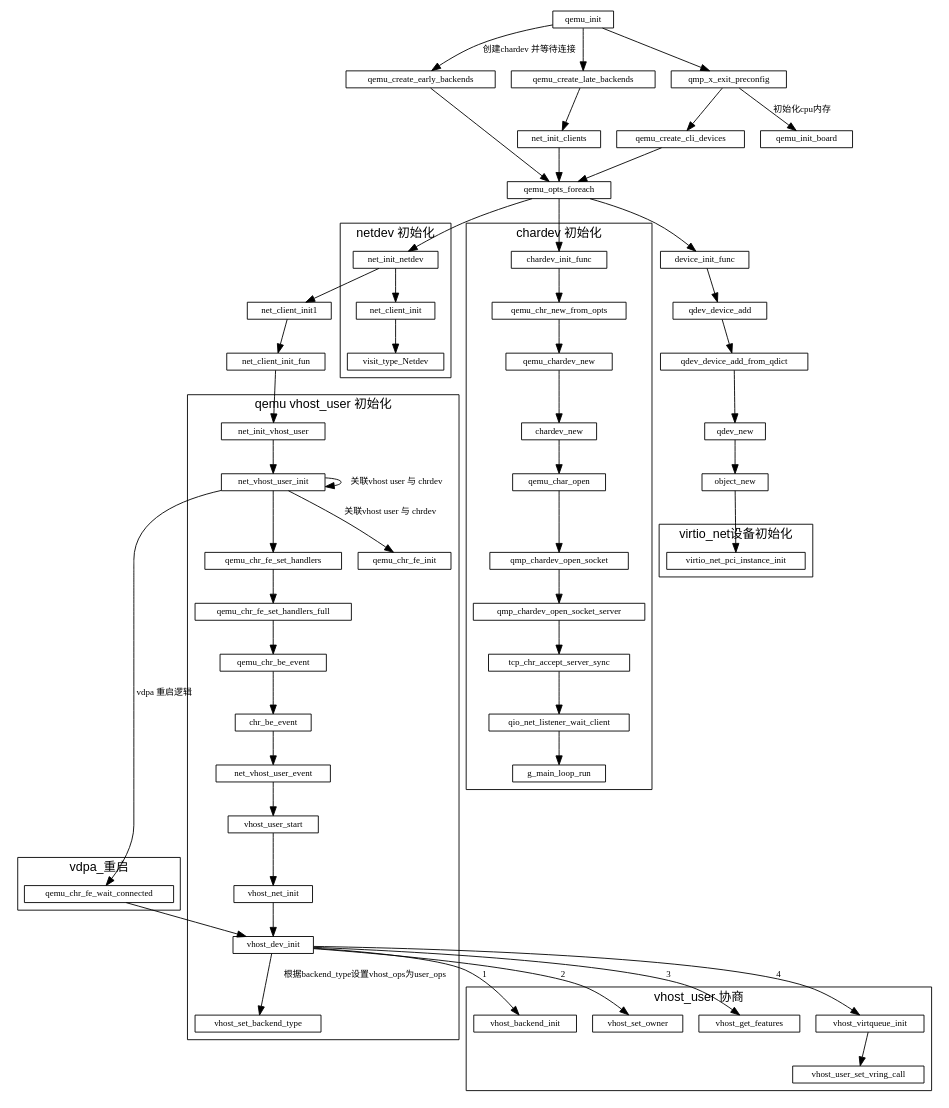
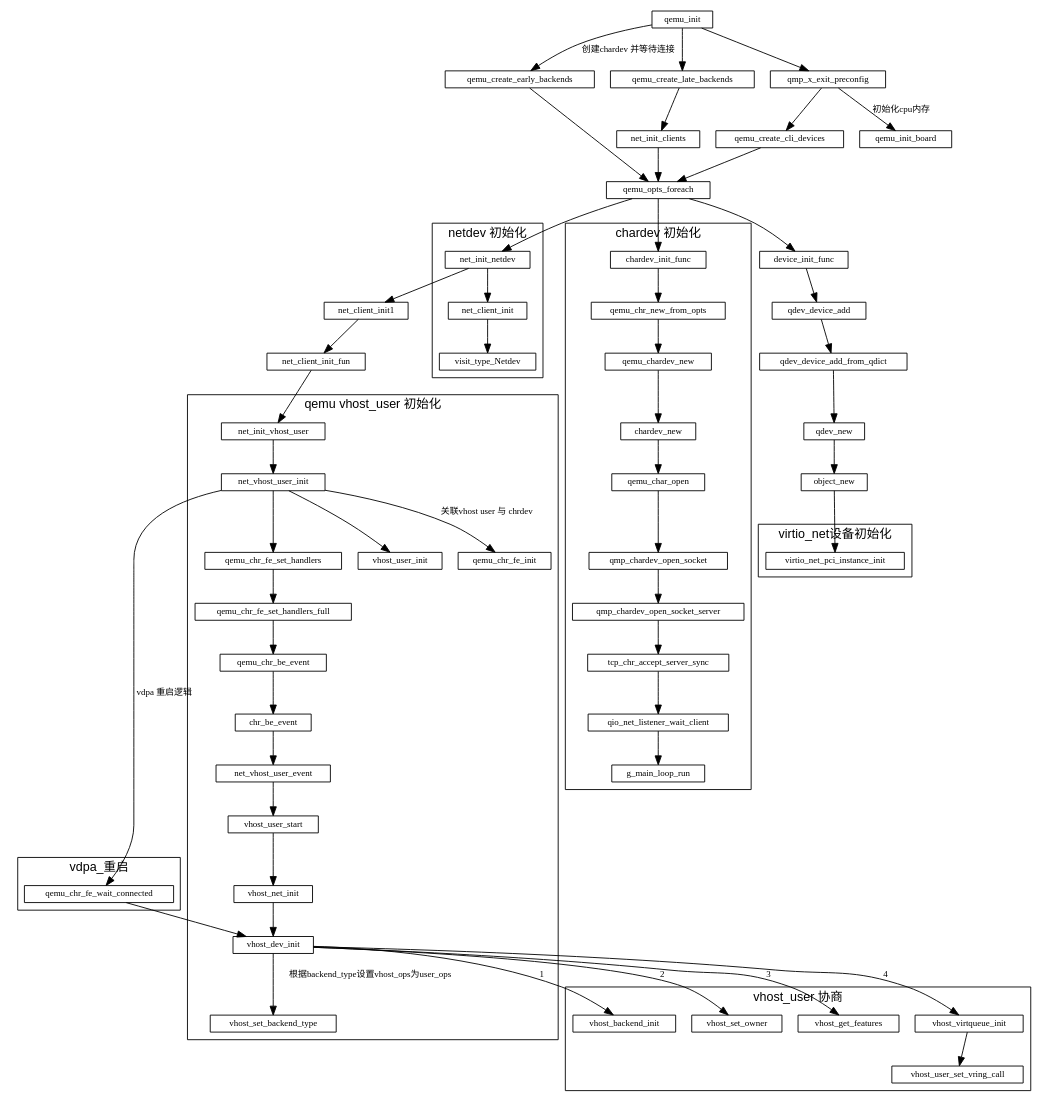
The diagram in qemu/qemu初始化.md (sisyphus1212/note), drawn with Graphviz before and after one commit.

Commit message:
auto_update

```diff
--- a/qemu/qemu初始化.md
+++ b/qemu/qemu初始化.md
@@ -60,7 +60,7 @@
                             -> vhost_dev_init[weight=500]
                                vhost_dev_init
                             -> vhost_set_backend_type[label="根据backend_type设置vhost_ops为user_ops"]
-        net_vhost_user_init ->
+        net_vhost_user_init -> vhost_user_init
         net_vhost_user_init -> qemu_chr_fe_init[label="关联vhost user 与 chrdev"]
     }
 
```
